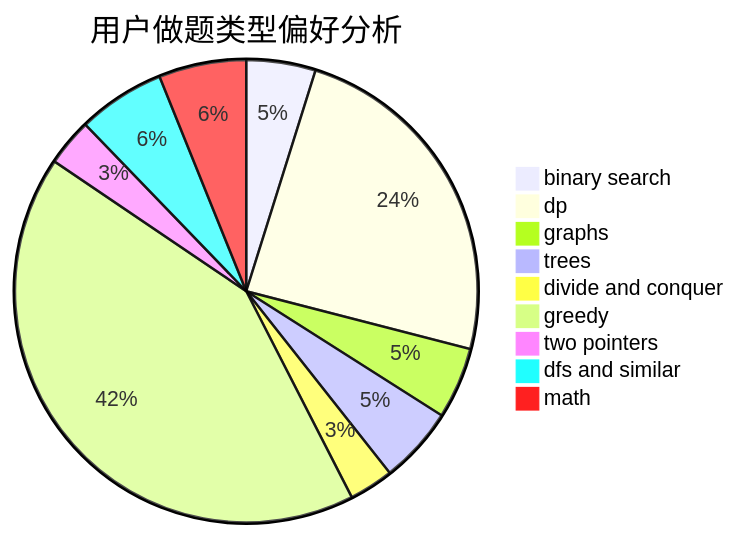
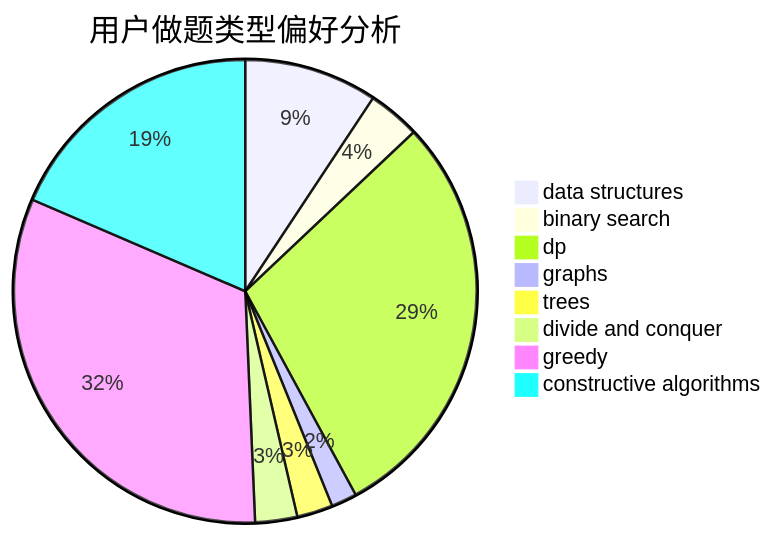
Before and after one commit to sherpahu/cfrs.github.io: the second of 3 diagrams in docs/user/u1950.md, drawn with Mermaid. The commit also changed other lines of this file and 2775 other files, not shown here.

````diff
--- a/docs/user/u1950.md
+++ b/docs/user/u1950.md
@@ -23,12 +23,11 @@
 ```mermaid
 pie title 用户做题类型偏好分析
-    "binary search" :  95
-    "dp" :  475
-    "graphs" :  98
-    "trees" :  105
-    "divide and conquer" :  61
-    "greedy" :  825
-    "two pointers" :  65
-    "dfs and similar" :  120
-    "math" :  120
+    "data structures" :  130
+    "binary search" :  51
+    "dp" :  407
+    "graphs" :  25
+    "trees" :  35
+    "divide and conquer" :  41
+    "greedy" :  449
+    "constructive algorithms" :  259
 ```
````
